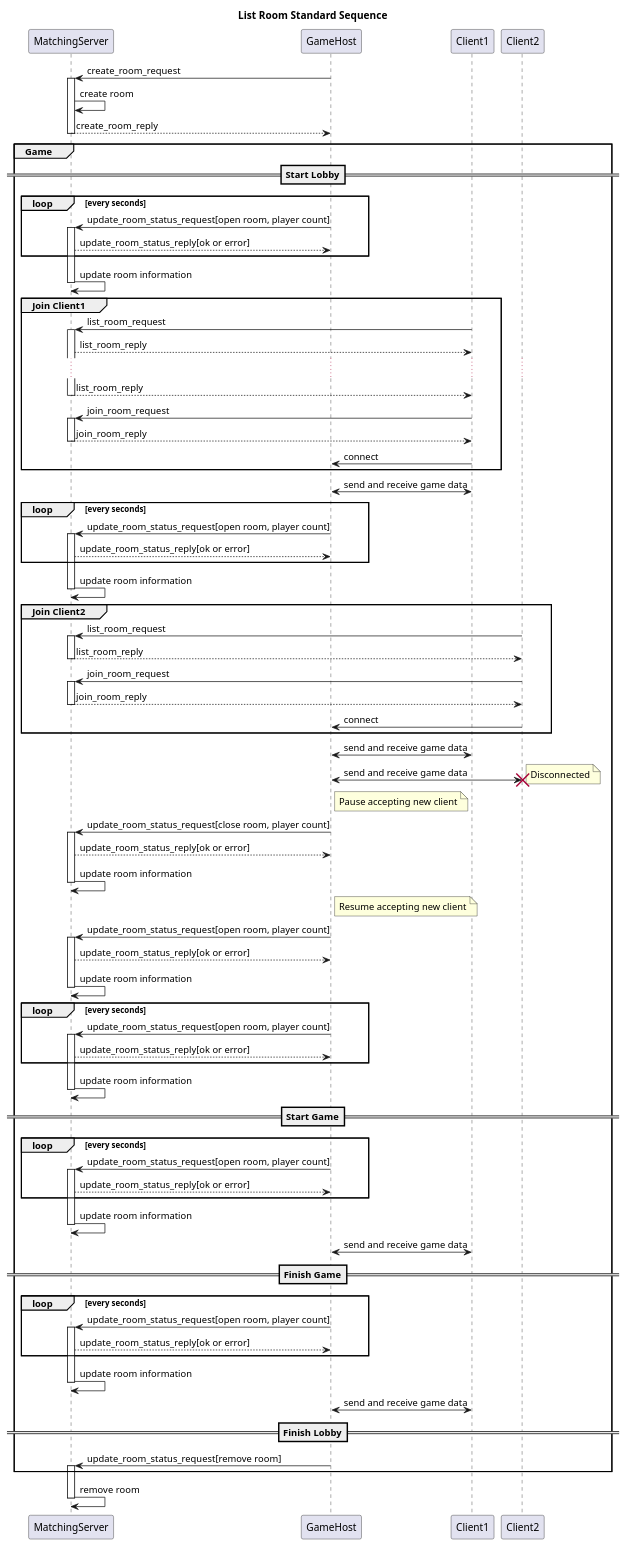
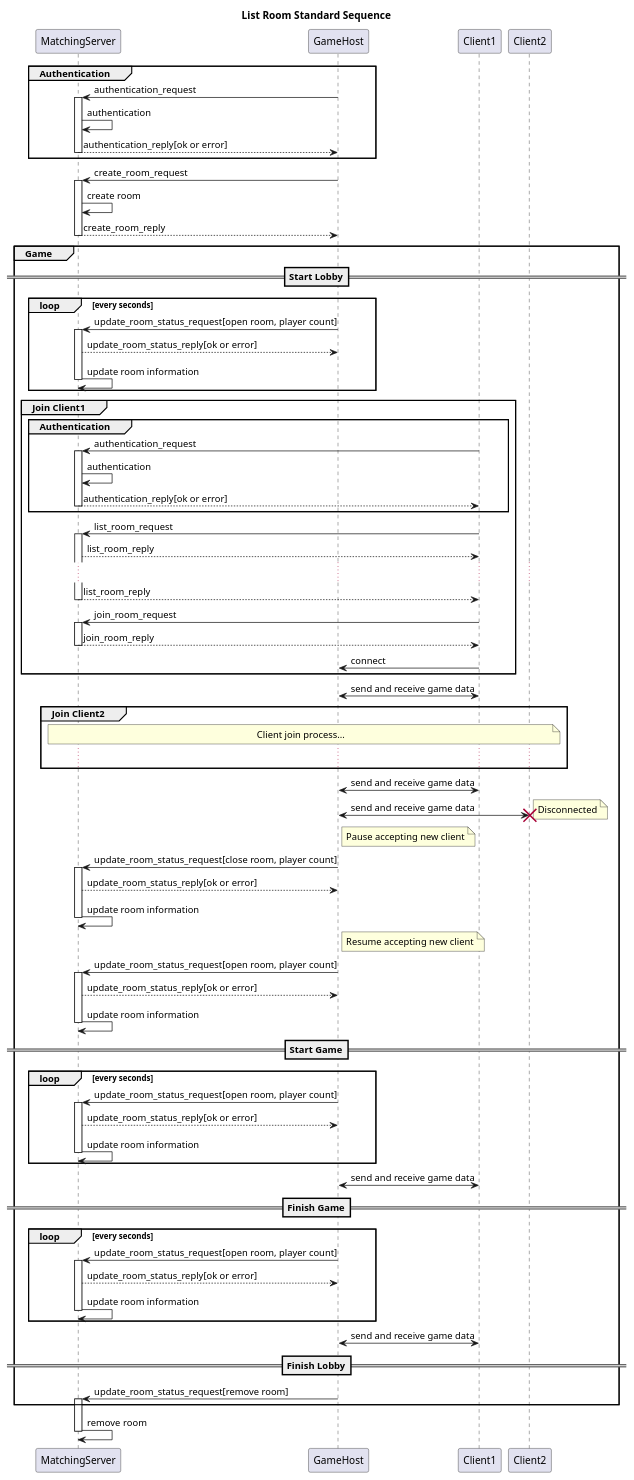
The diagram in Documents/list_room_standard_sequence.plantuml (CdecPGL/PlanetaMatchMaker), drawn with PlantUML before and after one commit. The commit also changed 1 other file, not shown here.

Commit message:
[add] add message and document about authentication

```diff
--- a/Documents/list_room_standard_sequence.plantuml
+++ b/Documents/list_room_standard_sequence.plantuml
@@ -1,132 +1,124 @@
 @startuml
 
 title List Room Standard Sequence
 
 participant MatchingServer
 participant GameHost
 participant Client1
 participant Client2
+
+group Authentication
+GameHost -> MatchingServer : authentication_request
+activate MatchingServer
+MatchingServer -> MatchingServer: authentication
+MatchingServer --> GameHost : authentication_reply[ok or error]
+deactivate MatchingServer
+end
 
 GameHost -> MatchingServer : create_room_request
 activate MatchingServer
 MatchingServer -> MatchingServer : create room
 MatchingServer --> GameHost : create_room_reply
 deactivate MatchingServer
 
 group Game
 
 ==Start Lobby==
 
 loop every seconds
 GameHost -> MatchingServer : update_room_status_request[open room, player count]
 activate MatchingServer
 MatchingServer --> GameHost : update_room_status_reply[ok or error]
-end
 MatchingServer -> MatchingServer : update room information
 deactivate MatchingServer
+end
 
 group Join Client1
+
+group Authentication
+Client1 -> MatchingServer : authentication_request
+activate MatchingServer
+MatchingServer -> MatchingServer: authentication
+MatchingServer --> Client1 : authentication_reply[ok or error]
+deactivate MatchingServer
+end
 
 Client1->MatchingServer : list_room_request
 activate MatchingServer
 MatchingServer --> Client1 : list_room_reply
 ...
 MatchingServer --> Client1 : list_room_reply
 deactivate MatchingServer
 
 Client1->MatchingServer : join_room_request
 activate MatchingServer
 MatchingServer --> Client1 : join_room_reply
 deactivate MatchingServer
 Client1->GameHost : connect
 
 end
 
 GameHost<->Client1 : send and receive game data
 
-loop every seconds
-GameHost -> MatchingServer : update_room_status_request[open room, player count]
-activate MatchingServer
-MatchingServer --> GameHost : update_room_status_reply[ok or error]
-end
-MatchingServer -> MatchingServer : update room information
-deactivate MatchingServer
-
 group Join Client2
 
-Client2->MatchingServer : list_room_request
-activate MatchingServer
-MatchingServer --> Client2 : list_room_reply
-deactivate MatchingServer
-
-Client2->MatchingServer : join_room_request
-activate MatchingServer
-MatchingServer --> Client2 : join_room_reply
-deactivate MatchingServer
-Client2->GameHost : connect
+note over MatchingServer, Client2: Client join process...
+...
 
 end
 
 GameHost<->Client1 : send and receive game data
 
 GameHost<->Client2 : send and receive game data
 note right: Disconnected
 destroy Client2
 
 note right of GameHost: Pause accepting new client
 GameHost -> MatchingServer : update_room_status_request[close room, player count]
 activate MatchingServer
 MatchingServer --> GameHost : update_room_status_reply[ok or error]
 MatchingServer -> MatchingServer : update room information
 deactivate MatchingServer
 
 note right of GameHost: Resume accepting new client
 GameHost -> MatchingServer : update_room_status_request[open room, player count]
 activate MatchingServer
 MatchingServer --> GameHost : update_room_status_reply[ok or error]
 MatchingServer -> MatchingServer : update room information
 deactivate MatchingServer
 
-loop every seconds
-GameHost -> MatchingServer : update_room_status_request[open room, player count]
-activate MatchingServer
-MatchingServer --> GameHost : update_room_status_reply[ok or error]
-end
-MatchingServer -> MatchingServer : update room information
-deactivate MatchingServer
-
 ==Start Game==
 
 loop every seconds
 GameHost -> MatchingServer : update_room_status_request[open room, player count]
 activate MatchingServer
 MatchingServer --> GameHost : update_room_status_reply[ok or error]
-end
 MatchingServer -> MatchingServer : update room information
 deactivate MatchingServer
+end
 
 GameHost<->Client1 : send and receive game data
 
 ==Finish Game==
 
 loop every seconds
 GameHost -> MatchingServer : update_room_status_request[open room, player count]
 activate MatchingServer
 MatchingServer --> GameHost : update_room_status_reply[ok or error]
-end
 MatchingServer -> MatchingServer : update room information
 deactivate MatchingServer
+end
 
 GameHost<->Client1 : send and receive game data
 
 ==Finish Lobby==
 
 GameHost -> MatchingServer : update_room_status_request[remove room]
 activate MatchingServer
 
 end
 
 MatchingServer -> MatchingServer : remove room
 deactivate MatchingServer
 
 @enduml
```
